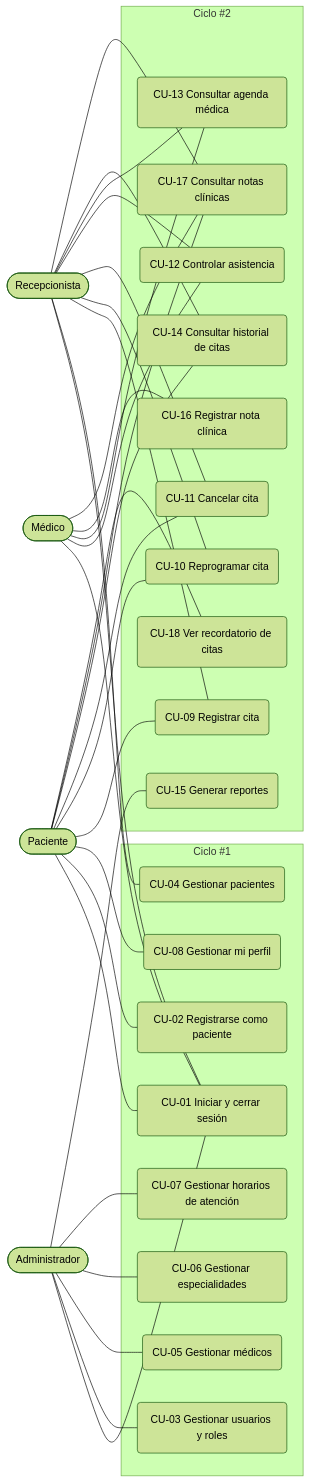
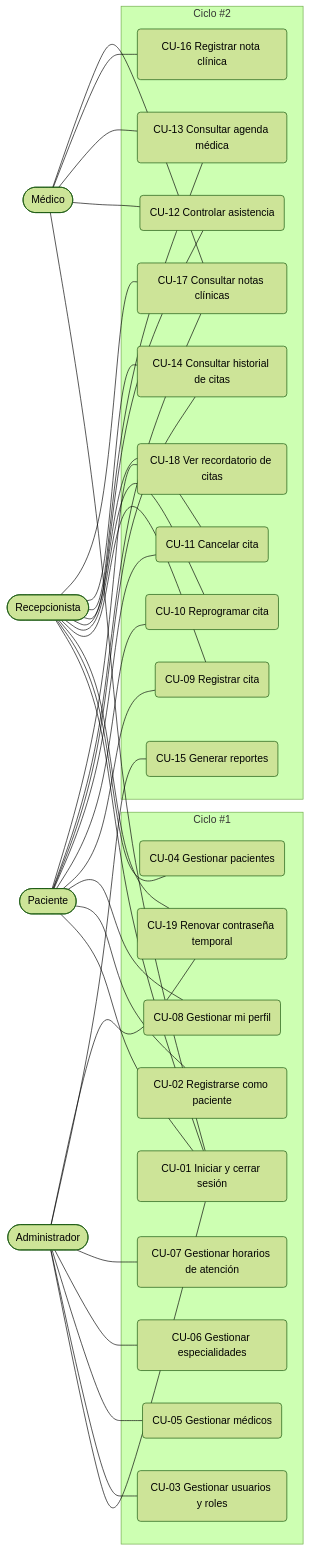
Before and after one commit to Einarpd26/2do-examen-ing-requisitos: the third of 15 diagrams in documento/Informe-Final.md, drawn with Mermaid (forest theme). The commit also changed other lines of this file and 1 other file, not shown here.

Commit message:
docs: especificar CU-19 renovar contrasena temporal con su diagrama de secuencia y la recuperacion de emergencia

````diff
--- a/documento/Informe-Final.md
+++ b/documento/Informe-Final.md
@@ -318,36 +318,37 @@
 ```mermaid
 flowchart LR
     Admin([Administrador])
     Recep([Recepcionista])
     Medico([Médico])
     Pac([Paciente])
 
     subgraph C1["Ciclo #1"]
         CU01(CU-01 Iniciar y cerrar sesión)
         CU02(CU-02 Registrarse como paciente)
         CU03(CU-03 Gestionar usuarios y roles)
         CU04(CU-04 Gestionar pacientes)
         CU05(CU-05 Gestionar médicos)
         CU06(CU-06 Gestionar especialidades)
         CU07(CU-07 Gestionar horarios de atención)
         CU08(CU-08 Gestionar mi perfil)
+        CU19(CU-19 Renovar contraseña temporal)
     end
 
     subgraph C2["Ciclo #2"]
         CU09(CU-09 Registrar cita)
         CU10(CU-10 Reprogramar cita)
         CU11(CU-11 Cancelar cita)
         CU12(CU-12 Controlar asistencia)
         CU13(CU-13 Consultar agenda médica)
         CU14(CU-14 Consultar historial de citas)
         CU15(CU-15 Generar reportes)
         CU16(CU-16 Registrar nota clínica)
         CU17(CU-17 Consultar notas clínicas)
         CU18(CU-18 Ver recordatorio de citas)
     end
 
-    Admin --- CU01 & CU03 & CU05 & CU06 & CU07 & CU15
-    Recep --- CU01 & CU04 & CU09 & CU10 & CU11 & CU12 & CU13 & CU14 & CU17
+    Admin --- CU01 & CU03 & CU05 & CU06 & CU07 & CU15 & CU19
+    Recep --- CU01 & CU04 & CU19 & CU09 & CU10 & CU11 & CU12 & CU13 & CU14 & CU17
     Medico --- CU01 & CU12 & CU13 & CU16 & CU17
     Pac --- CU01 & CU02 & CU08 & CU09 & CU10 & CU11 & CU14 & CU17 & CU18
 ```
````
